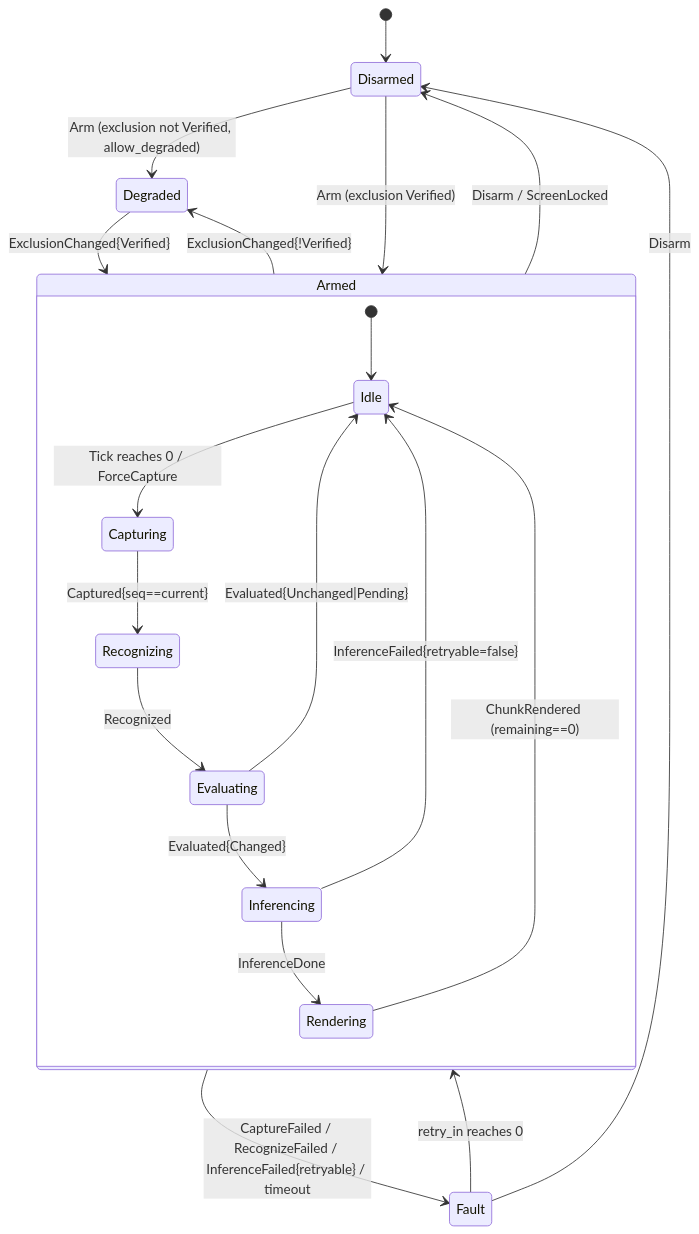
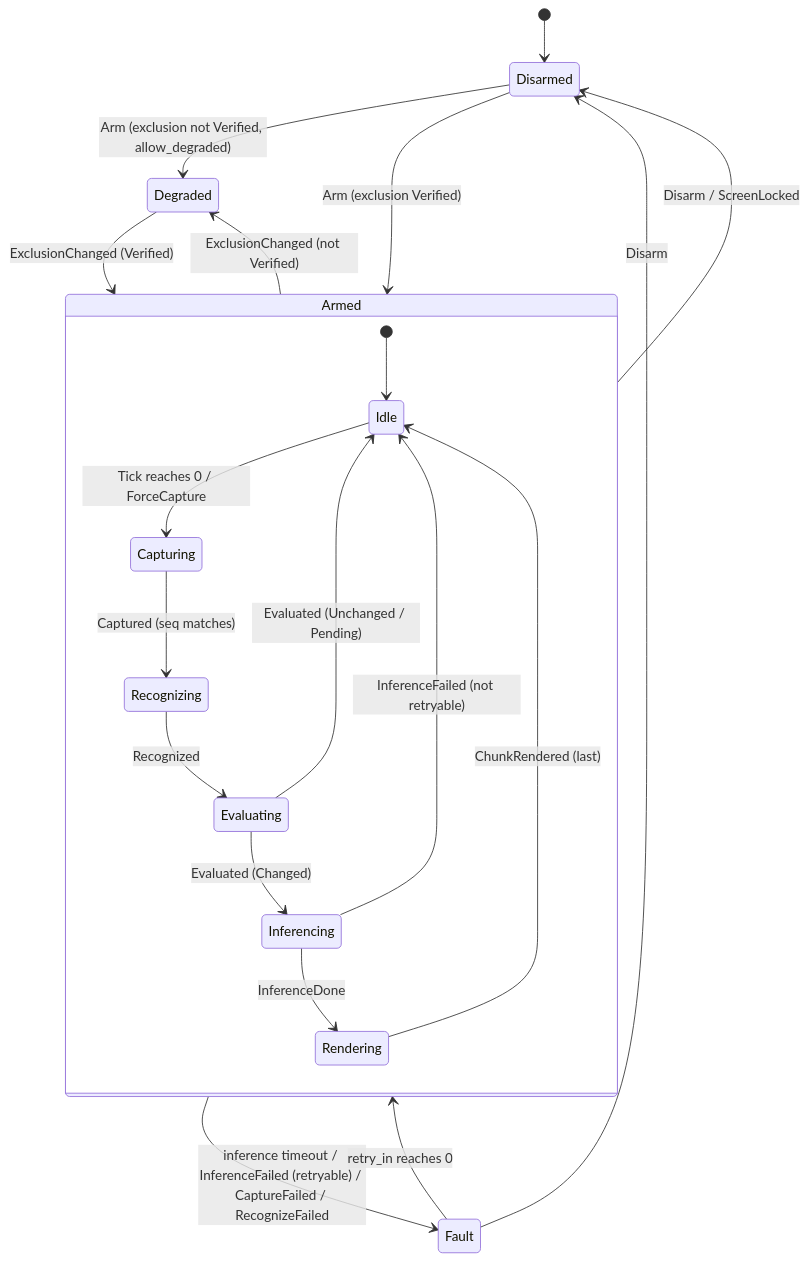
The diagram in docs/architecture.md (statecrafting/butler-ai), drawn with Mermaid before and after one commit. The commit also changed 48 other files, not shown here.

````diff
--- a/docs/architecture.md
+++ b/docs/architecture.md
@@ -56,23 +56,23 @@
 ```mermaid
 stateDiagram-v2
     [*] --> Disarmed
-    Disarmed --> Armed: Arm (exclusion Verified)
-    Disarmed --> Degraded: Arm (exclusion not Verified, allow_degraded)
     state Armed {
         [*] --> Idle
         Idle --> Capturing: Tick reaches 0 / ForceCapture
-        Capturing --> Recognizing: Captured{seq==current}
+        Capturing --> Recognizing: Captured (seq matches)
         Recognizing --> Evaluating: Recognized
-        Evaluating --> Idle: Evaluated{Unchanged|Pending}
-        Evaluating --> Inferencing: Evaluated{Changed}
+        Evaluating --> Idle: Evaluated (Unchanged / Pending)
+        Evaluating --> Inferencing: Evaluated (Changed)
         Inferencing --> Rendering: InferenceDone
-        Inferencing --> Idle: InferenceFailed{retryable=false}
-        Rendering --> Idle: ChunkRendered (remaining==0)
+        Inferencing --> Idle: InferenceFailed (not retryable)
+        Rendering --> Idle: ChunkRendered (last)
     }
+    Disarmed --> Armed: Arm (exclusion Verified)
+    Disarmed --> Degraded: Arm (exclusion not Verified, allow_degraded)
+    Armed --> Fault: inference timeout / InferenceFailed (retryable) / CaptureFailed / RecognizeFailed
     Armed --> Disarmed: Disarm / ScreenLocked
-    Armed --> Degraded: ExclusionChanged{!Verified}
-    Degraded --> Armed: ExclusionChanged{Verified}
-    Armed --> Fault: CaptureFailed / RecognizeFailed / InferenceFailed{retryable} / timeout
+    Armed --> Degraded: ExclusionChanged (not Verified)
+    Degraded --> Armed: ExclusionChanged (Verified)
     Fault --> Armed: retry_in reaches 0
     Fault --> Disarmed: Disarm
 ```
````
